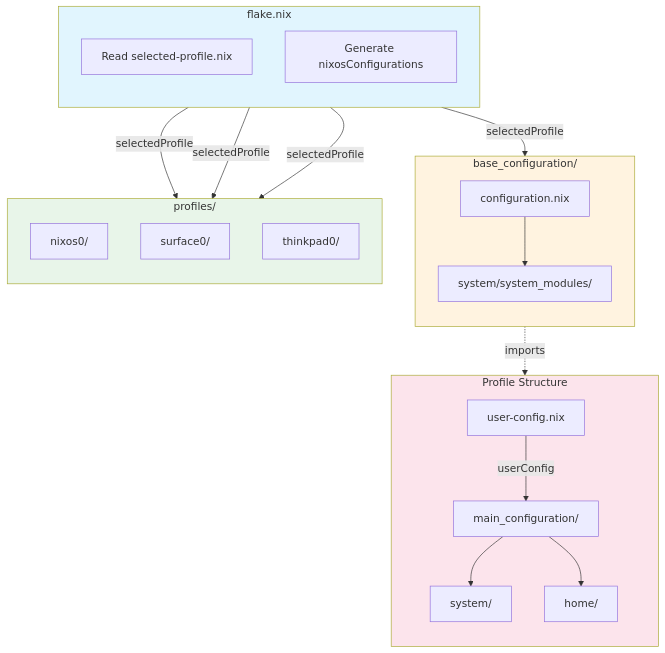
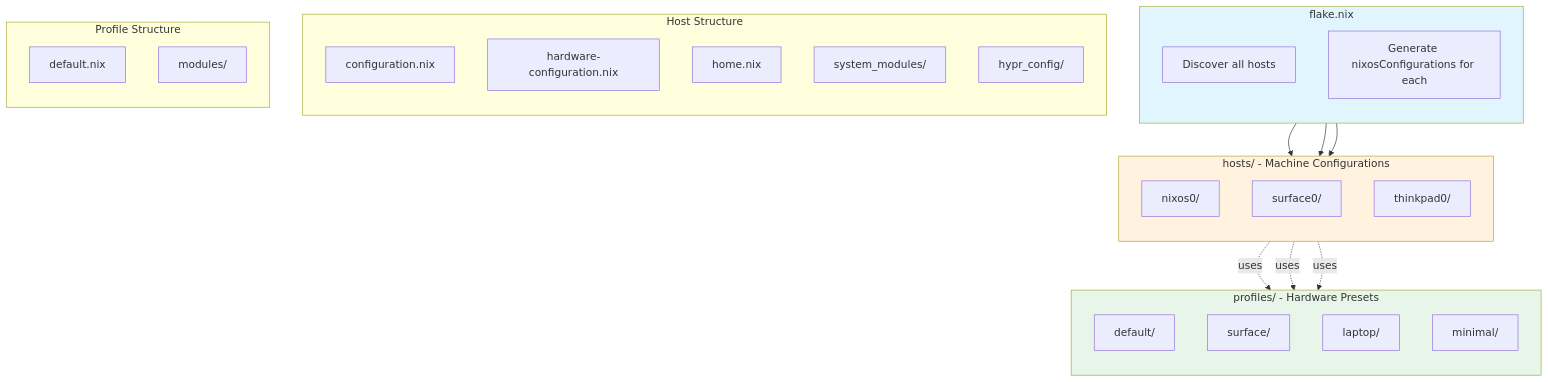
One commit to PopCat19/popcat19-nixos-hm changed the diagram in REFACTORING-PLAN.md. Above: the diagram before and after it, drawn with Mermaid. The commit also changed other lines of this file and 45 other files, not shown here.

First line of the commit message:
refactor: implement multi-host architecture with profile presets

````diff
--- a/REFACTORING-PLAN.md
+++ b/REFACTORING-PLAN.md
@@ -88,43 +52,50 @@
 ```mermaid
 flowchart TB
     subgraph Flake[flake.nix]
         direction TB
-        F1[Read selected-profile.nix]
-        F2[Generate nixosConfigurations]
+        F1[Discover all hosts]
+        F2[Generate nixosConfigurations for each]
     end
 
-    subgraph Base[base_configuration/]
+    subgraph Hosts[hosts/ - Machine Configurations]
         direction TB
-        B1[configuration.nix]
-        B2[system/system_modules/]
-        B1 --> B2
+        H1[nixos0/]
+        H2[surface0/]
+        H3[thinkpad0/]
     end
 
-    subgraph Profiles[profiles/]
+    subgraph Profiles[profiles/ - Hardware Presets]
         direction TB
-        P1[nixos0/]
-        P2[surface0/]
-        P3[thinkpad0/]
+        P1[default/]
+        P2[surface/]
+        P3[laptop/]
+        P4[minimal/]
+    end
+
+    subgraph HostDetail[Host Structure]
+        direction TB
+        HC[configuration.nix]
+        HH[hardware-configuration.nix]
+        HM[home.nix]
+        HS[system_modules/]
+        HY[hypr_config/]
     end
 
     subgraph ProfileDetail[Profile Structure]
         direction TB
-        UC[user-config.nix]
-        MC[main_configuration/]
-        MC --> SYS[system/]
-        MC --> HOME[home/]
+        PC[default.nix]
+        PM[modules/]
     end
 
-    F1 --> |selectedProfile| B1
-    F1 --> |selectedProfile| P1
-    F1 --> |selectedProfile| P2
-    F1 --> |selectedProfile| P3
+    F1 --> H1
+    F1 --> H2
+    F1 --> H3
 
-    B1 -.-> |imports| SYS
-    UC --> |userConfig| MC
+    H1 -.-> |uses| P1
+    H2 -.-> |uses| P2
+    H3 -.-> |uses| P3
 
     style Flake fill:#e1f5fe
-    style Base fill:#fff3e0
+    style Hosts fill:#fff3e0
     style Profiles fill:#e8f5e9
-    style ProfileDetail fill:#fce4ec
 ```
````
